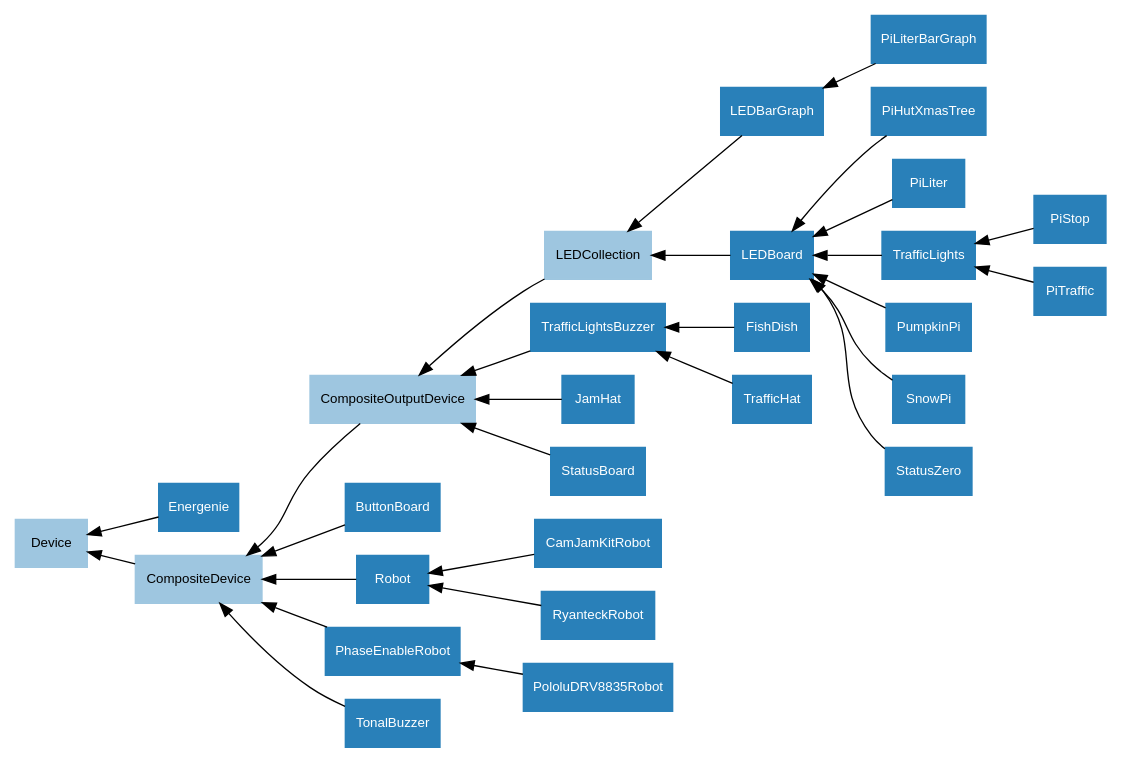
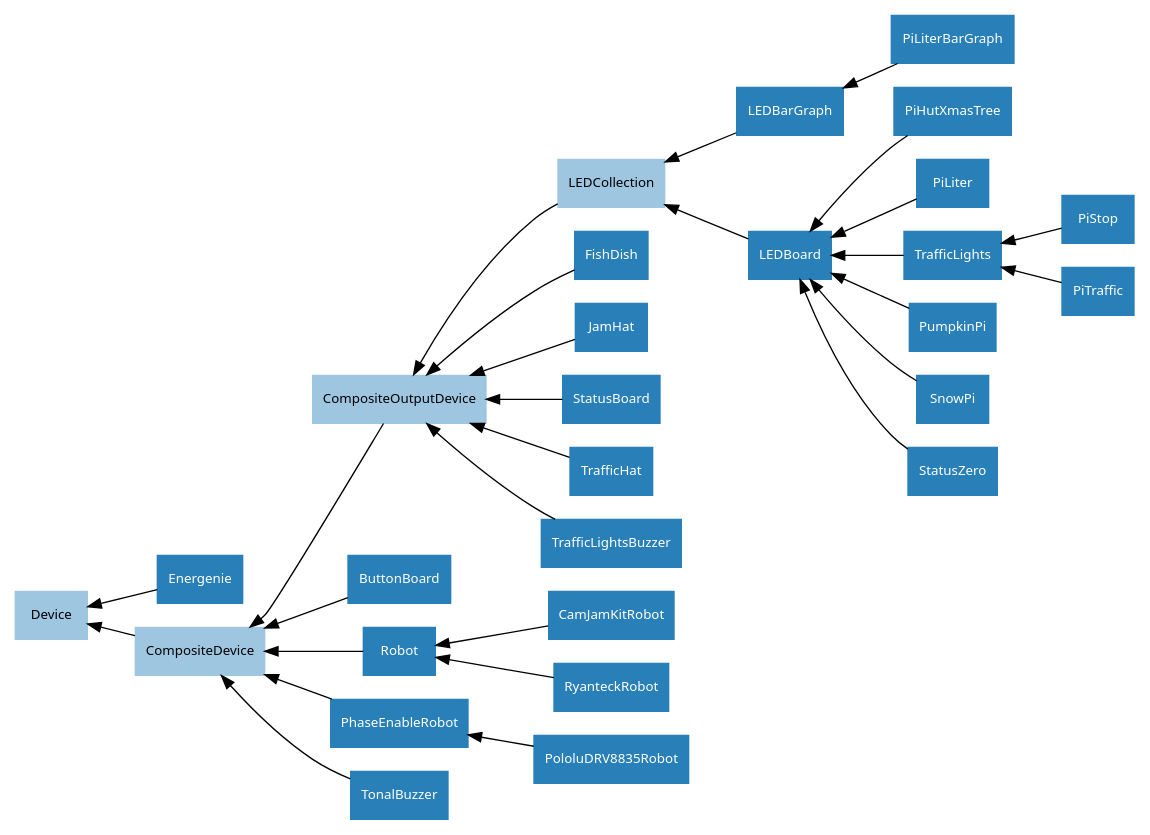
The diagram in docs/images/composite_device_hierarchy.dot (gpiozero/gpiozero), drawn with Graphviz before and after one commit. The commit also changed 31 other files, not shown here.

```diff
--- a/docs/images/composite_device_hierarchy.dot
+++ b/docs/images/composite_device_hierarchy.dot
@@ -1,47 +1,49 @@
 digraph classes {
     graph [rankdir=RL];
-    node [shape=rect, style=filled, fontname=Arial, fontsize=10];
+    node [shape=rect, style=filled, fontname=Sans, fontsize=10];
     edge [];
 
     /* Mixin classes */
     node [color="#c69ee0", fontcolor="#000000"]
+
+    
 
     /* Abstract classes */
     node [color="#9ec6e0", fontcolor="#000000"]
 
     CompositeDevice;
     CompositeOutputDevice;
     Device;
     LEDCollection;
 
     /* Concrete classes */
     node [color="#2980b9", fontcolor="#ffffff"];
 
     ButtonBoard->CompositeDevice;
     CamJamKitRobot->Robot;
     CompositeDevice->Device;
     CompositeOutputDevice->CompositeDevice;
     Energenie->Device;
-    FishDish->TrafficLightsBuzzer;
+    FishDish->CompositeOutputDevice;
     JamHat->CompositeOutputDevice;
     LEDBarGraph->LEDCollection;
     LEDBoard->LEDCollection;
     LEDCollection->CompositeOutputDevice;
     PhaseEnableRobot->CompositeDevice;
     PiHutXmasTree->LEDBoard;
     PiLiter->LEDBoard;
     PiLiterBarGraph->LEDBarGraph;
     PiStop->TrafficLights;
     PiTraffic->TrafficLights;
     PololuDRV8835Robot->PhaseEnableRobot;
     PumpkinPi->LEDBoard;
     Robot->CompositeDevice;
     RyanteckRobot->Robot;
     SnowPi->LEDBoard;
     StatusBoard->CompositeOutputDevice;
     StatusZero->LEDBoard;
     TonalBuzzer->CompositeDevice;
-    TrafficHat->TrafficLightsBuzzer;
+    TrafficHat->CompositeOutputDevice;
     TrafficLights->LEDBoard;
     TrafficLightsBuzzer->CompositeOutputDevice;
 }
```
